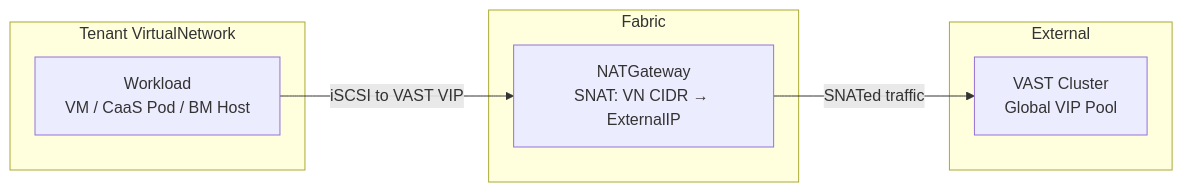
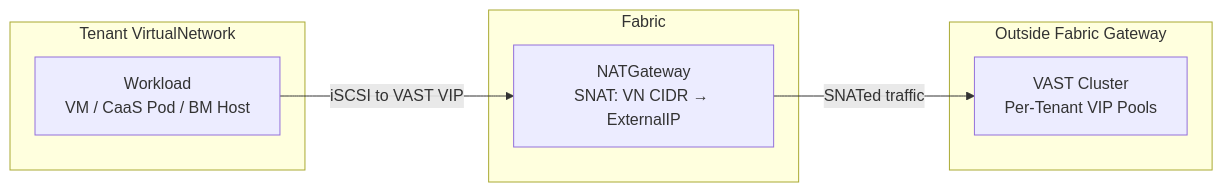
The diagram in enhancements/OSAC-5690-storage-networking/design.md (osac-project/enhancement-proposals), drawn with Mermaid before and after one commit. The commit also changed other lines of this file and 1 other file, not shown here.

````diff
--- a/enhancements/OSAC-5690-storage-networking/design.md
+++ b/enhancements/OSAC-5690-storage-networking/design.md
@@ -116,14 +120,14 @@
 ```mermaid
 flowchart LR
     subgraph Tenant VirtualNetwork
         W[Workload<br/>VM / CaaS Pod / BM Host]
     end
     subgraph Fabric
         NG[NATGateway<br/>SNAT: VN CIDR → ExternalIP]
     end
-    subgraph External
-        VAST[VAST Cluster<br/>Global VIP Pool]
+    subgraph Outside Fabric Gateway
+        VAST[VAST Cluster<br/>Per-Tenant VIP Pools]
     end
     W -->|iSCSI to VAST VIP| NG
     NG -->|SNATed traffic| VAST
 ```
````
